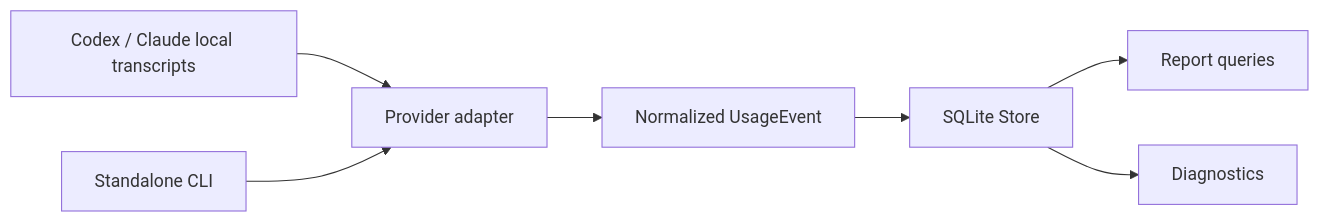
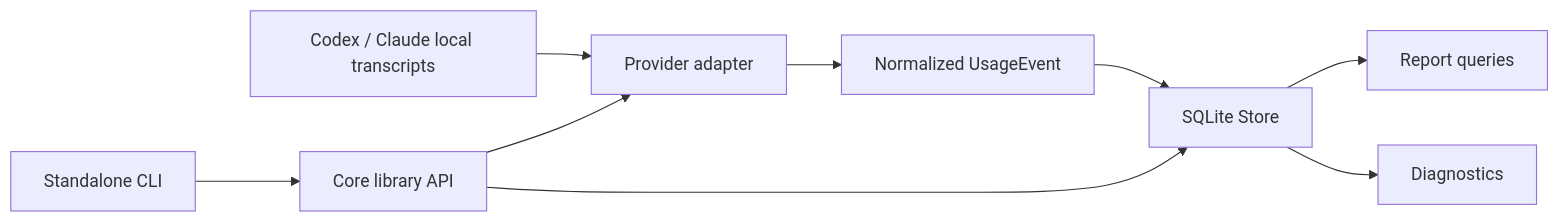
The diagram in docs/architecture.md (ayeshLK/komposyn), drawn with Mermaid before and after one commit. The commit also changed other lines of this file and 3 other files, not shown here.

````diff
--- a/docs/architecture.md
+++ b/docs/architecture.md
@@ -14,9 +21,11 @@
 ```mermaid
 flowchart LR
   A[Codex / Claude local transcripts] --> B[Provider adapter]
   B --> C[Normalized UsageEvent]
   C --> D[SQLite Store]
   D --> E[Report queries]
   D --> F[Diagnostics]
-  G[Standalone CLI] --> B
+  G[Standalone CLI] --> H[Core library API]
+  H --> B
+  H --> D
 ```
````
